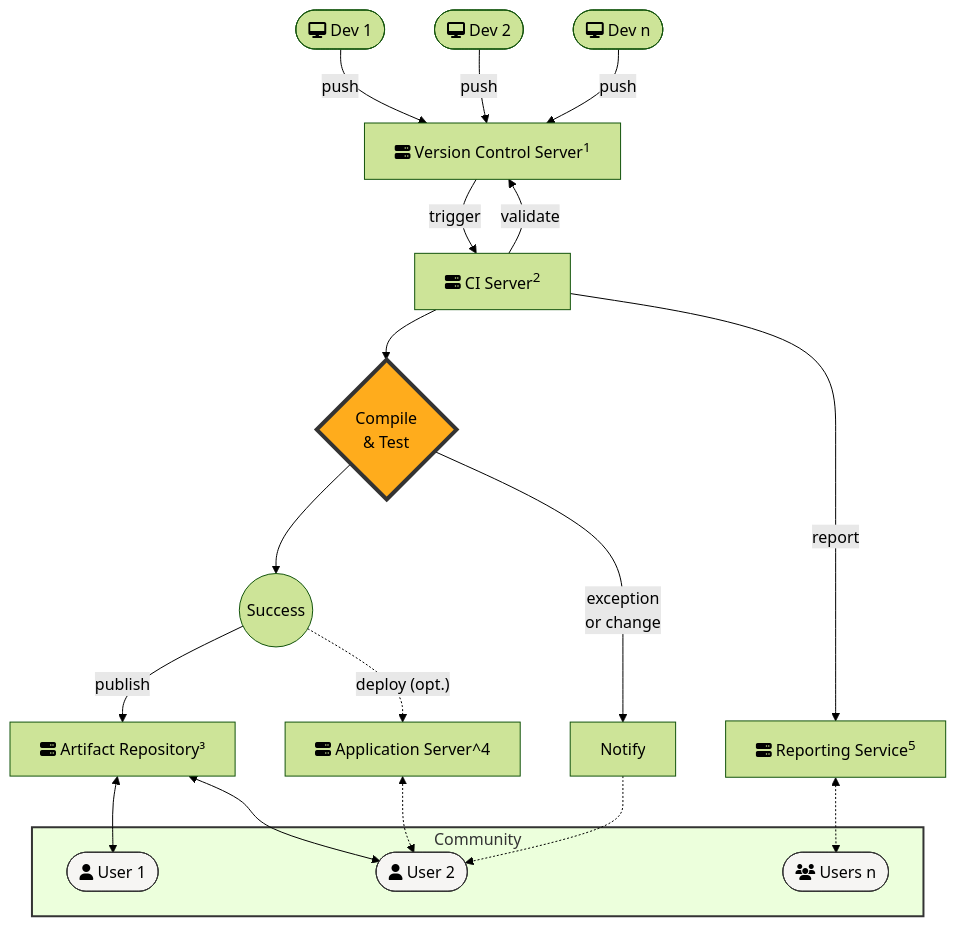
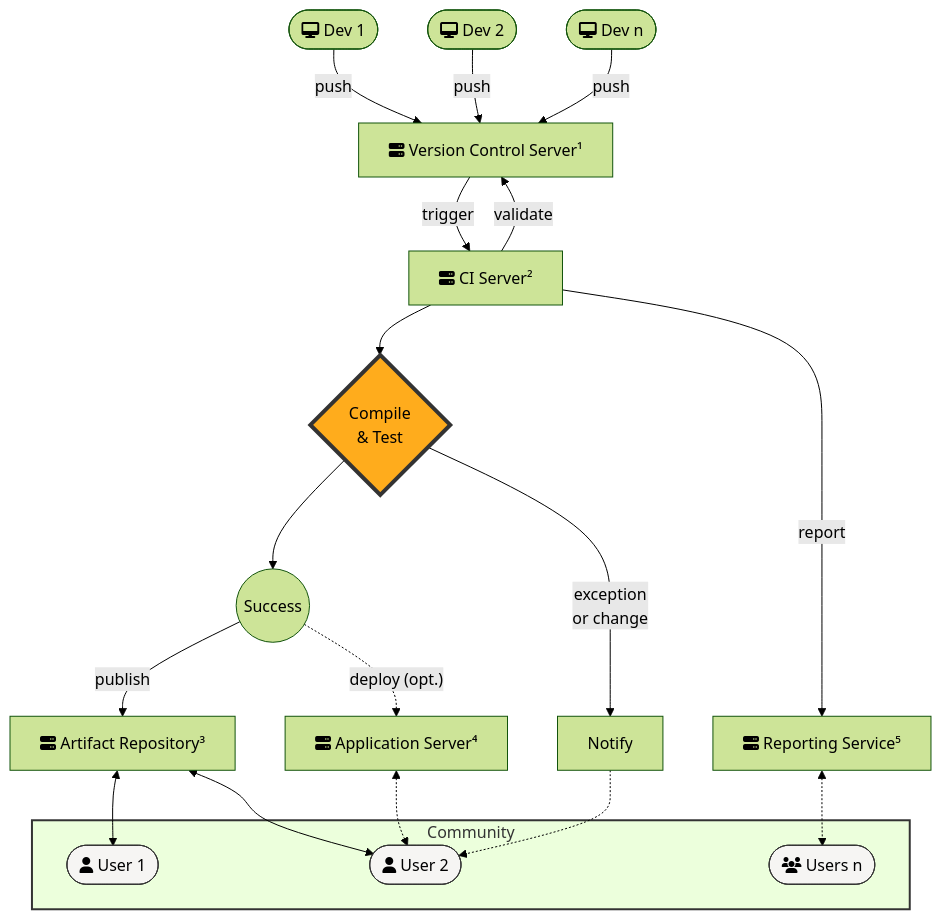
One commit to NASA-AMMOS/slim changed the second of 2 diagrams in continuous-integration/reference-architectures/README.md. Above: the diagram before and after it, drawn with Mermaid (forest theme).

Commit message:
Issue #33: Switched to Unicode for superscript chars in Mermaid flowchart as Github Mermaid did not support `sup` tags. ...

````diff
--- a/continuous-integration/reference-architectures/README.md
+++ b/continuous-integration/reference-architectures/README.md
@@ -159,31 +159,31 @@
 ```mermaid
 flowchart TB
-    D1([fa:fa-desktop Dev 1]) -->|push| R["fa:fa-server Version Control Server<sup>1</sup>"]
+    D1([fa:fa-desktop Dev 1]) -->|push| R["fa:fa-server Version Control Server¹"]
     D2([fa:fa-desktop Dev 2]) -->|push| R
     Dn([fa:fa-desktop Dev n]) -->|push| R
-    R -->|trigger| C["fa:fa-server CI Server<sup>2</sup>"]
+    R -->|trigger| C["fa:fa-server CI Server²"]
     C-->|validate| R
-    C-->|report| RS["fa:fa-server Reporting Service<sup>5</sup>"]
+    C-->|report| RS["fa:fa-server Reporting Service⁵"]
     Q{"Compile<br/>& Test"}
     S((Success))
     F[Notify]
     style Q fill:#FFAC1C,stroke:#333,stroke-width:4px
     C-->Q
     Q-->S
     Q-->|exception<br/>or change|F
     S-->|publish| AR["fa:fa-server Artifact Repository³"]
-    S-.->|"deploy (opt.)"| AS["fa:fa-server Application Server^4"]
+    S-.->|"deploy (opt.)"| AS["fa:fa-server Application Server⁴"]
     subgraph Community
         U1([fa:fa-user User 1])
         U2([fa:fa-user User 2])
         Un([fa:fa-users Users n])
     end
     style Community fill:#ECFFDC,stroke:#333,stroke-width:2px
     AR<-->U1 & U2
     AS<-.->U2
     RS<-.->Un
     F-.->U2
     style U1 fill:#F6F5F3,stroke:#333,stroke-width:1px
     style U2 fill:#F6F5F3,stroke:#333,stroke-width:1px
     style Un fill:#F6F5F3,stroke:#333,stroke-width:1px
 ```
````
